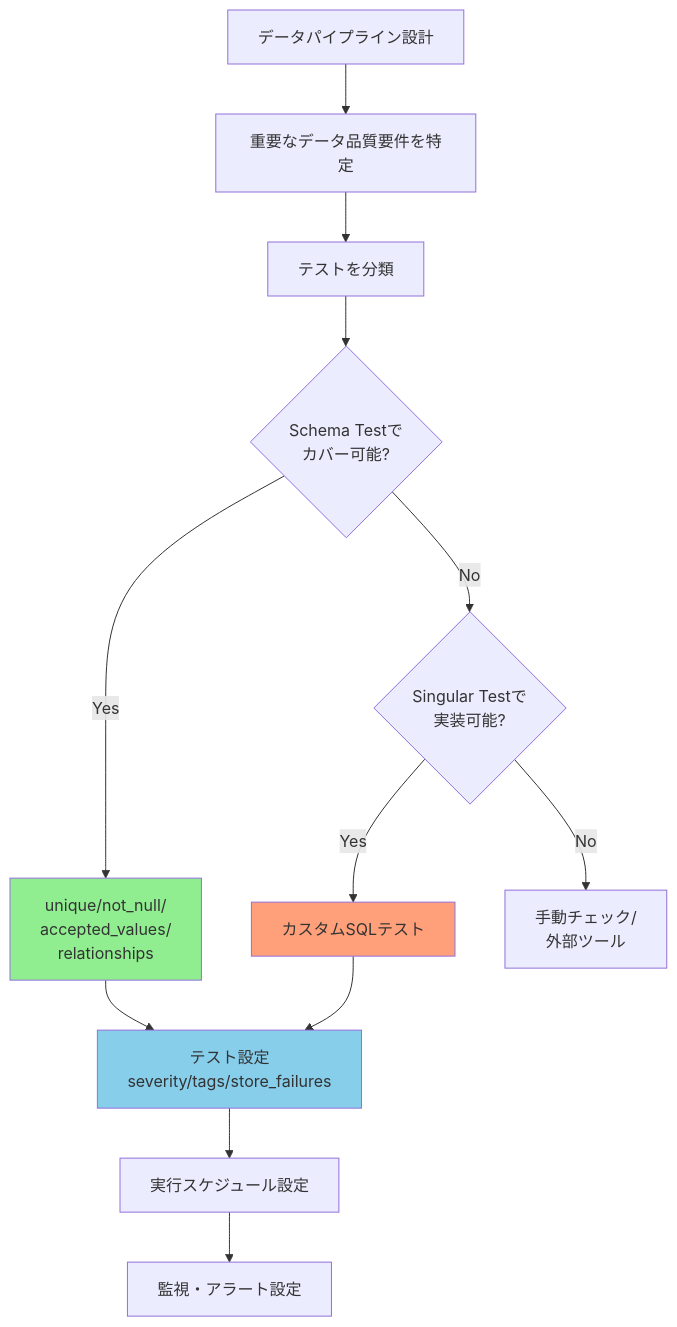
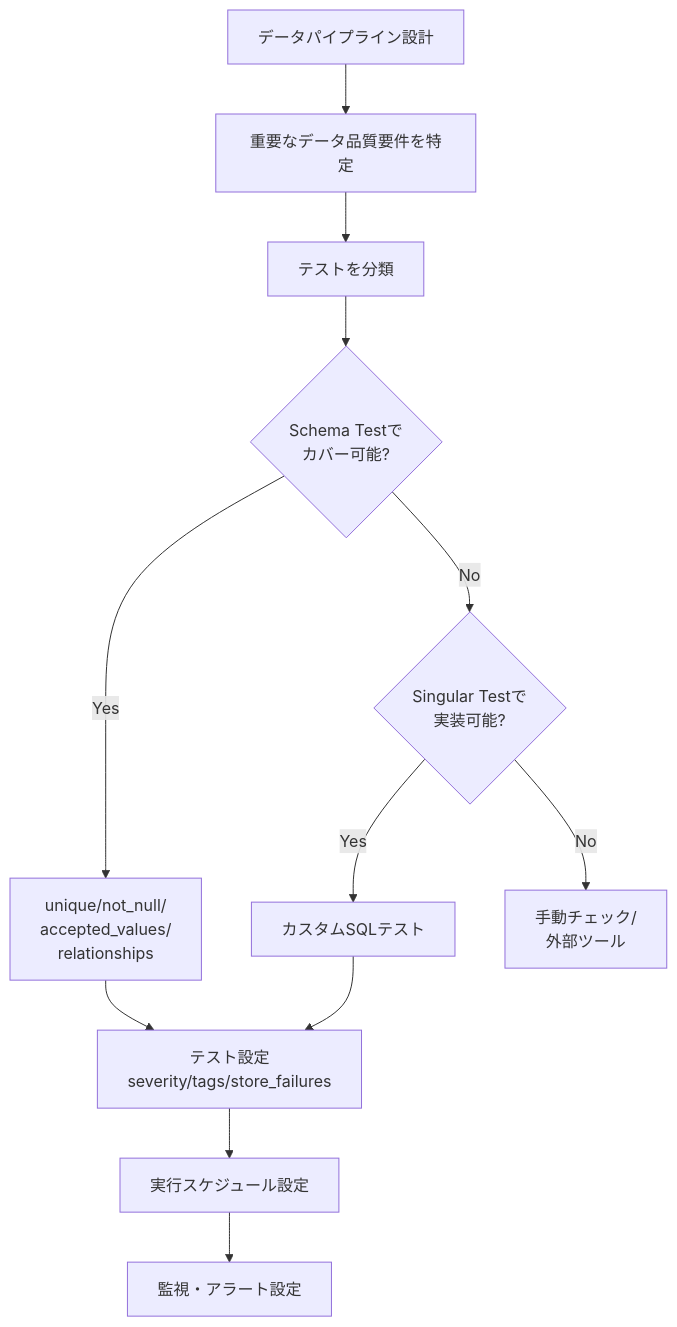
The seventh of 8 diagrams in content/Tech/dbt/categories/testing-config.md (1210yuichi0/1210yuichi0.github.io), drawn with Mermaid before and after one commit. The commit also changed other lines of this file and 22 other files, not shown here.

First line of the commit message:
style: remove Mermaid style directives for dark mode compatibility

````diff
--- a/content/Tech/dbt/categories/testing-config.md
+++ b/content/Tech/dbt/categories/testing-config.md
@@ -1441,22 +1419,19 @@
 ```mermaid
 flowchart TD
     Start[データパイプライン設計] --> Identify[重要なデータ品質要件を特定]
     Identify --> Classify[テストを分類]
 
     Classify --> SchemaTest{Schema Testで<br/>カバー可能?}
     SchemaTest -->|Yes| UseSchema[unique/not_null/<br/>accepted_values/<br/>relationships]
     SchemaTest -->|No| Singular{Singular Testで<br/>実装可能?}
 
     Singular -->|Yes| UseSingular[カスタムSQLテスト]
     Singular -->|No| Manual[手動チェック/<br/>外部ツール]
 
     UseSchema --> Config[テスト設定<br/>severity/tags/store_failures]
     UseSingular --> Config
 
     Config --> Schedule[実行スケジュール設定]
     Schedule --> Monitor[監視・アラート設定]
 
-    style UseSchema fill:#90EE90
-    style UseSingular fill:#FFA07A
-    style Config fill:#87CEEB
 ```
````
